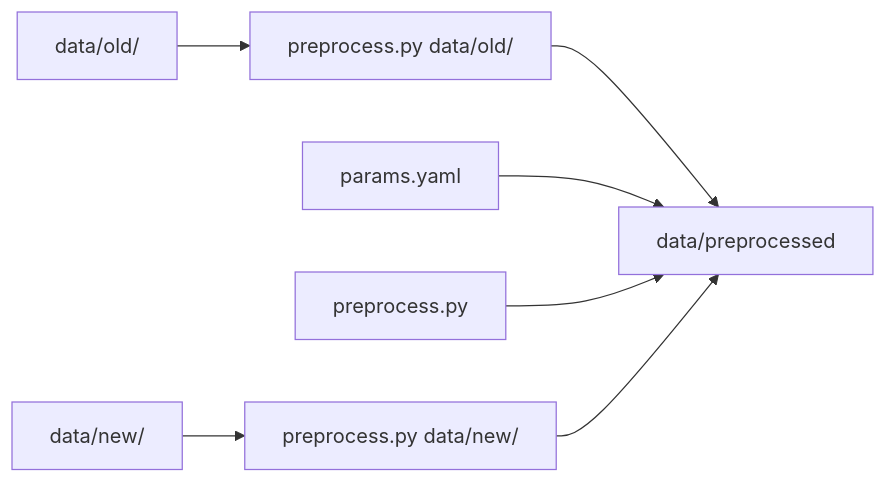
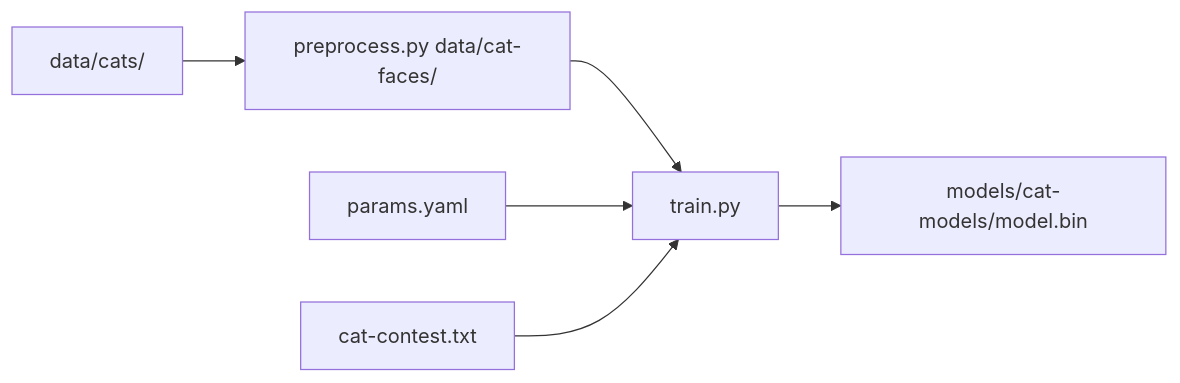
Before and after one commit to iesahin/xvc: the diagram in book/src/start/ml.md, drawn with Mermaid. The commit also changed other lines of this file and 2 other files, not shown here.

````diff
--- a/book/src/start/ml.md
+++ b/book/src/start/ml.md
@@ -127,9 +102,8 @@
 ```mermaid
 graph LR
-    old["data/old/"] --> pp-old["preprocess.py data/old/"]
-    new["data/new/"] --> pp-new["preprocess.py data/new/"]
-    pp-old --> preprocessed["data/preprocessed"]
-    params["params.yaml"] --> preprocessed
-    script["preprocess.py"] --> preprocessed
-    pp-new --> preprocessed
+    cats["data/cats/"] --> pp["preprocess.py data/cat-faces/"]
+    pp --> train["train.py"]
+    params["params.yaml"] --> train
+    cat-contest["cat-contest.txt"] --> train
+    train --> model["models/cat-models/model.bin"]
 ```
````
